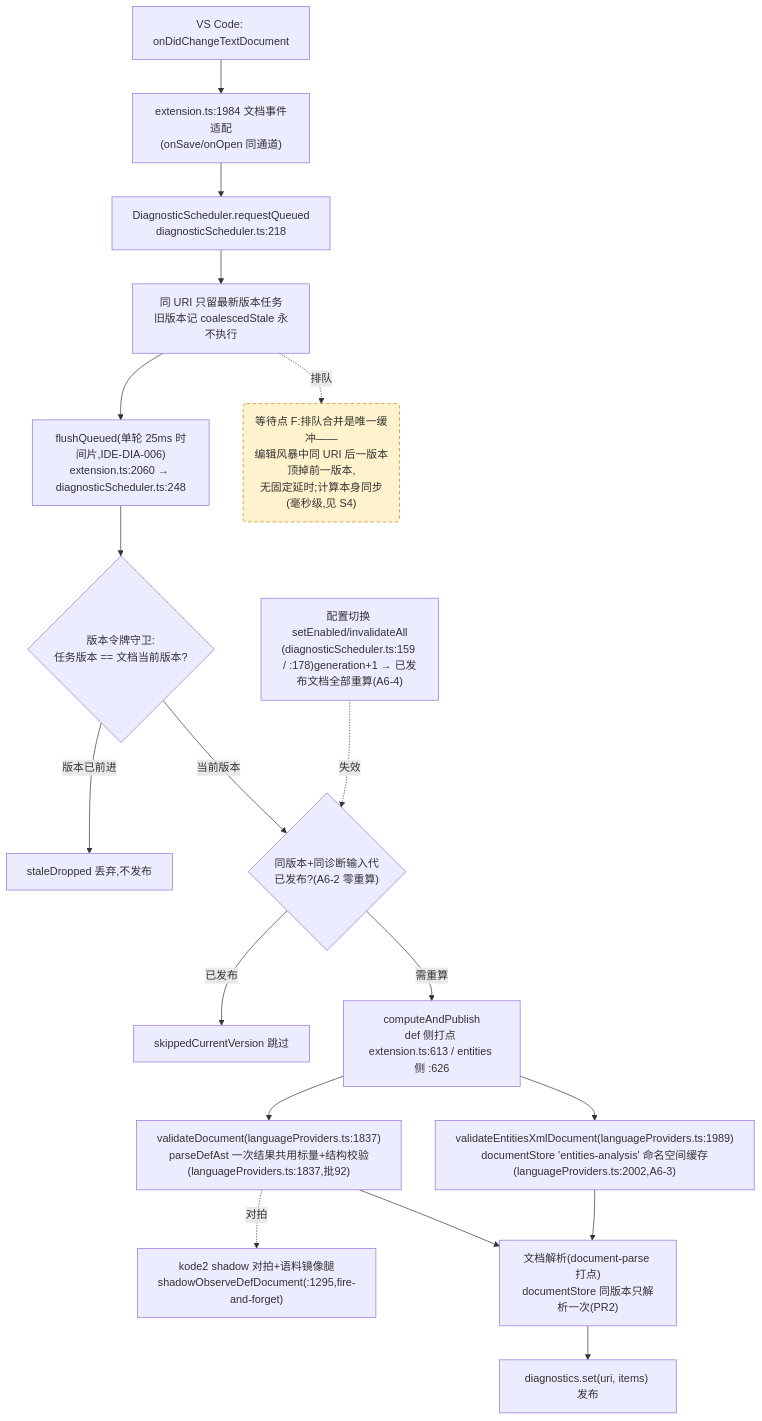
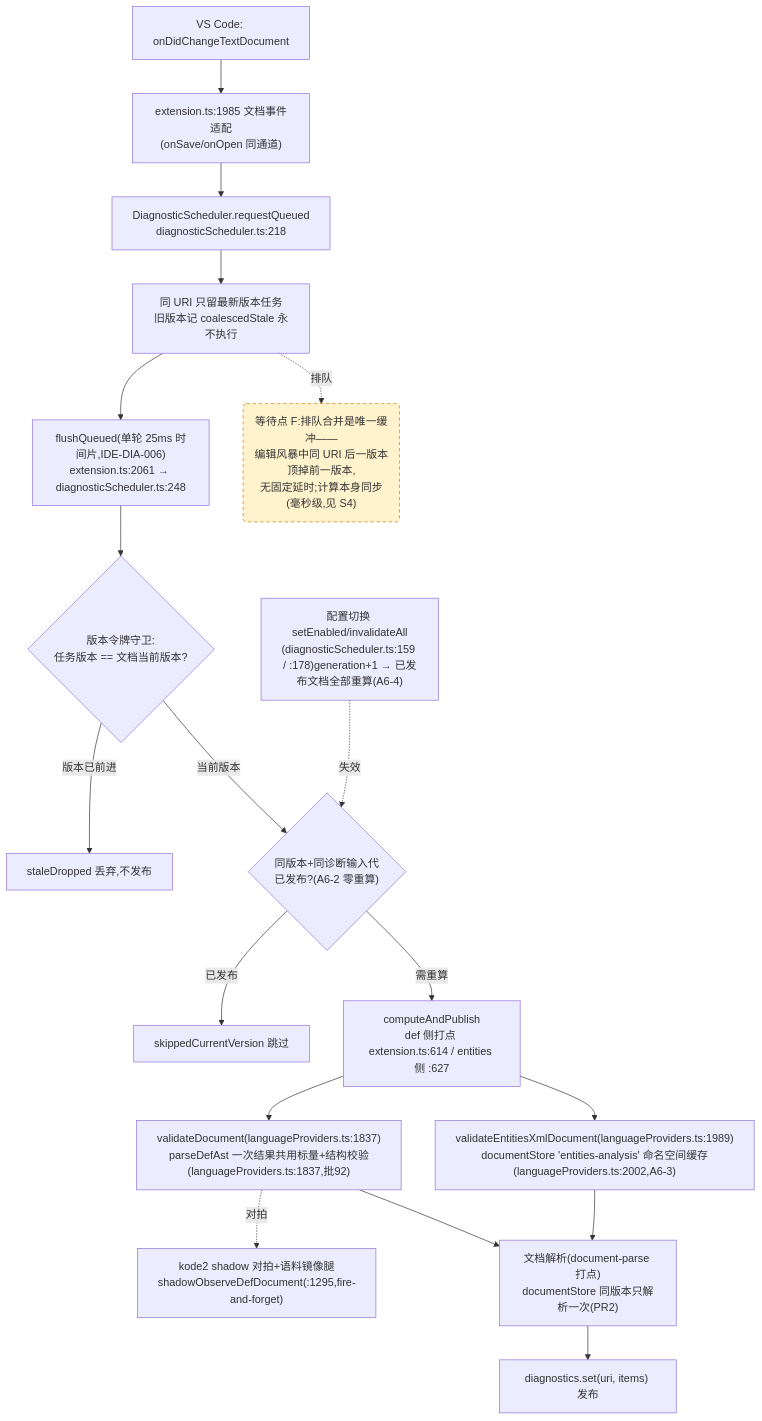
The fourth of 4 diagrams in docs/perf/2026-baseline.md (cuihairu/kode), drawn with Mermaid before and after one commit. The commit also changed other lines of this file and 10 other files, not shown here.

````diff
--- a/docs/perf/2026-baseline.md
+++ b/docs/perf/2026-baseline.md
@@ -214,38 +214,38 @@
 ```mermaid
 flowchart TD
   CHG["VS Code: onDidChangeTextDocument"]
-  WATCH["extension.ts:1984 文档事件适配<br/>(onSave/onOpen 同通道)"]
+  WATCH["extension.ts:1985 文档事件适配<br/>(onSave/onOpen 同通道)"]
   RQ["DiagnosticScheduler.requestQueued<br/>diagnosticScheduler.ts:218"]
   CO["同 URI 只留最新版本任务<br/>旧版本记 coalescedStale 永不执行"]
-  FL["flushQueued(单轮 25ms 时间片,IDE-DIA-006)<br/>extension.ts:2060 → diagnosticScheduler.ts:248"]
+  FL["flushQueued(单轮 25ms 时间片,IDE-DIA-006)<br/>extension.ts:2061 → diagnosticScheduler.ts:248"]
   VG{"版本令牌守卫:<br/>任务版本 == 文档当前版本?"}
   DROP["staleDropped 丢弃,不发布"]
   GEN{"同版本+同诊断输入代<br/>已发布?(A6-2 零重算)"}
   SKIP["skippedCurrentVersion 跳过"]
-  CALC["computeAndPublish<br/>def 侧打点 extension.ts:613 / entities 侧 :626"]
+  CALC["computeAndPublish<br/>def 侧打点 extension.ts:614 / entities 侧 :627"]
   VD["validateDocument(languageProviders.ts:1837)<br/>parseDefAst 一次结果共用标量+结构校验(languageProviders.ts:1837,批92)"]
   VEX["validateEntitiesXmlDocument(languageProviders.ts:1989)<br/>documentStore 'entities-analysis' 命名空间缓存(languageProviders.ts:2002,A6-3)"]
   SHDD["kode2 shadow 对拍+语料镜像腿<br/>shadowObserveDefDocument(:1295,fire-and-forget)"]
   DS["文档解析(document-parse 打点)<br/>documentStore 同版本只解析一次(PR2)"]
   PUB["diagnostics.set(uri, items) 发布"]
   CFG2["配置切换 setEnabled/invalidateAll<br/>(diagnosticScheduler.ts:159 / :178)generation+1 → 已发布文档全部重算(A6-4)"]
 
   CHG --> WATCH --> RQ --> CO --> FL --> VG
   VG -- "版本已前进" --> DROP
   VG -- "当前版本" --> GEN
   GEN -- "已发布" --> SKIP
   GEN -- "需重算" --> CALC
   CALC --> VD
   CALC --> VEX
   VD --> DS
   VEX --> DS
   DS --> PUB
   VD -.->|对拍| SHDD
   CFG2 -.->|失效| GEN
 
   WAITF("等待点 F:排队合并是唯一缓冲——<br/>编辑风暴中同 URI 后一版本顶掉前一版本,<br/>无固定延时;计算本身同步(毫秒级,见 S4)")
   CO -.->|排队| WAITF
 
   classDef waitPoint fill:#fff3cd,stroke:#d97706,stroke-dasharray:5 4;
   class WAITF waitPoint;
 ```
````
